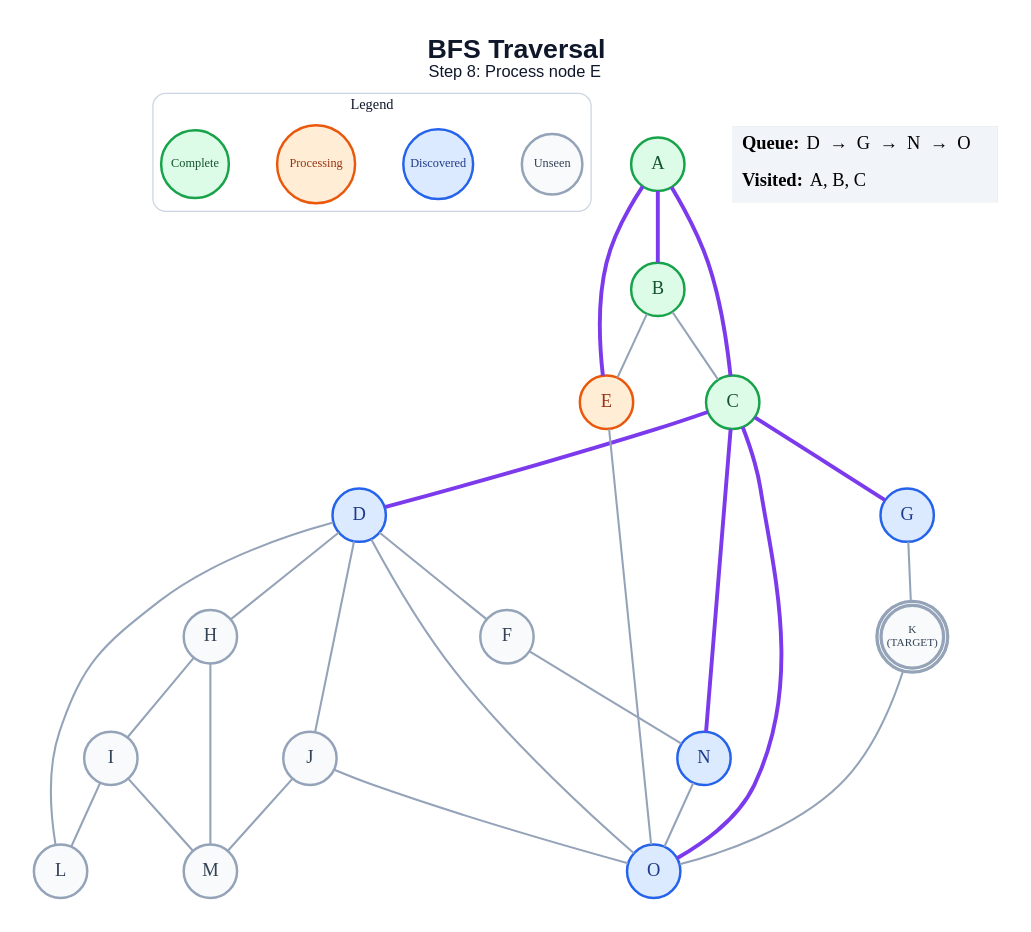
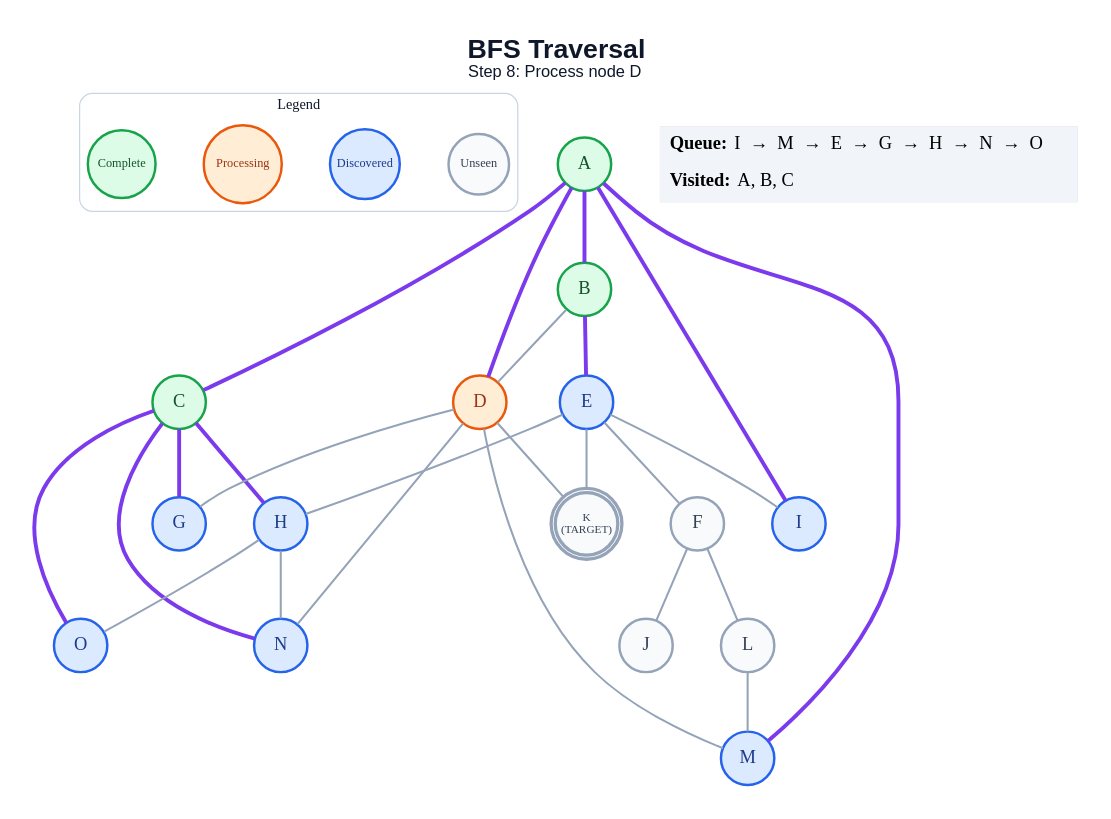
One commit to anon7238593-create/ai-slop changed the diagram in generated/bfs/step_08.dot. Above: the diagram before and after it, drawn with Graphviz. The commit also changed 309 other files, not shown here.

```diff
--- a/generated/bfs/step_08.dot
+++ b/generated/bfs/step_08.dot
@@ -1,59 +1,58 @@
 graph traversal {
   graph [layout=dot, rankdir=TB, bgcolor="#FFFFFF", pad="0.35", nodesep="0.65", ranksep="0.8", fontname="Arial"];
   node [shape=circle, style="filled", fontname="Arial Bold", fontsize=18, width=0.72, fixedsize=true, penwidth=2.4];
   edge [color="#94A3B8", penwidth=2.0];
-  label=<<B>BFS Traversal</B><BR/><FONT POINT-SIZE="16">Step 8: Process node E</FONT>>; labelloc="t"; fontsize=26; fontname="Arial"; fontcolor="#0F172A";
+  label=<<B>BFS Traversal</B><BR/><FONT POINT-SIZE="16">Step 8: Process node D</FONT>>; labelloc="t"; fontsize=26; fontname="Arial"; fontcolor="#0F172A";
   subgraph cluster_legend { label="Legend"; color="#CBD5E1"; penwidth=1.2; style="rounded"; fontsize=14; fontname="Arial Bold";
     key_unseen [label="Unseen", fillcolor="#F8FAFC", color="#94A3B8", fontcolor="#334155", fontsize=12, width=0.82];
     key_frontier [label="Discovered", fillcolor="#DBEAFE", color="#2563EB", fontcolor="#1E3A8A", fontsize=12, width=0.95];
     key_current [label="Processing", fillcolor="#FFEDD5", color="#EA580C", fontcolor="#9A3412", fontsize=12, width=1.05];
     key_done [label="Complete", fillcolor="#DCFCE7", color="#16A34A", fontcolor="#14532D", fontsize=12, width=0.92];
     { rank=same; key_unseen; key_frontier; key_current; key_done; }
   }
   A [label="A", fillcolor="#DCFCE7", color="#16A34A", fontcolor="#14532D", peripheries=1, penwidth=2.4];
   B [label="B", fillcolor="#DCFCE7", color="#16A34A", fontcolor="#14532D", peripheries=1, penwidth=2.4];
   C [label="C", fillcolor="#DCFCE7", color="#16A34A", fontcolor="#14532D", peripheries=1, penwidth=2.4];
-  D [label="D", fillcolor="#DBEAFE", color="#2563EB", fontcolor="#1E3A8A", peripheries=1, penwidth=2.4];
-  E [label="E", fillcolor="#FFEDD5", color="#EA580C", fontcolor="#9A3412", peripheries=1, penwidth=2.4];
+  D [label="D", fillcolor="#FFEDD5", color="#EA580C", fontcolor="#9A3412", peripheries=1, penwidth=2.4];
+  E [label="E", fillcolor="#DBEAFE", color="#2563EB", fontcolor="#1E3A8A", peripheries=1, penwidth=2.4];
   F [label="F", fillcolor="#F8FAFC", color="#94A3B8", fontcolor="#334155", peripheries=1, penwidth=2.4];
   G [label="G", fillcolor="#DBEAFE", color="#2563EB", fontcolor="#1E3A8A", peripheries=1, penwidth=2.4];
-  H [label="H", fillcolor="#F8FAFC", color="#94A3B8", fontcolor="#334155", peripheries=1, penwidth=2.4];
-  I [label="I", fillcolor="#F8FAFC", color="#94A3B8", fontcolor="#334155", peripheries=1, penwidth=2.4];
+  H [label="H", fillcolor="#DBEAFE", color="#2563EB", fontcolor="#1E3A8A", peripheries=1, penwidth=2.4];
+  I [label="I", fillcolor="#DBEAFE", color="#2563EB", fontcolor="#1E3A8A", peripheries=1, penwidth=2.4];
   J [label="J", fillcolor="#F8FAFC", color="#94A3B8", fontcolor="#334155", peripheries=1, penwidth=2.4];
   K [label="K\n(TARGET)", fillcolor="#F8FAFC", color="#94A3B8", fontcolor="#334155", peripheries=2, penwidth=3.2, fontsize=11, width=0.85, height=0.85];
   L [label="L", fillcolor="#F8FAFC", color="#94A3B8", fontcolor="#334155", peripheries=1, penwidth=2.4];
-  M [label="M", fillcolor="#F8FAFC", color="#94A3B8", fontcolor="#334155", peripheries=1, penwidth=2.4];
+  M [label="M", fillcolor="#DBEAFE", color="#2563EB", fontcolor="#1E3A8A", peripheries=1, penwidth=2.4];
   N [label="N", fillcolor="#DBEAFE", color="#2563EB", fontcolor="#1E3A8A", peripheries=1, penwidth=2.4];
   O [label="O", fillcolor="#DBEAFE", color="#2563EB", fontcolor="#1E3A8A", peripheries=1, penwidth=2.4];
   A -- B [color="#7C3AED", penwidth=3.8];
   A -- C [color="#7C3AED", penwidth=3.8];
-  A -- E [color="#7C3AED", penwidth=3.8];
-  B -- C;
-  B -- E;
-  C -- D [color="#7C3AED", penwidth=3.8];
+  A -- D [color="#7C3AED", penwidth=3.8];
+  A -- I [color="#7C3AED", penwidth=3.8];
+  A -- M [color="#7C3AED", penwidth=3.8];
+  B -- D;
+  B -- E [color="#7C3AED", penwidth=3.8];
   C -- G [color="#7C3AED", penwidth=3.8];
+  C -- H [color="#7C3AED", penwidth=3.8];
   C -- N [color="#7C3AED", penwidth=3.8];
   C -- O [color="#7C3AED", penwidth=3.8];
-  D -- F;
-  D -- H;
-  D -- J;
-  D -- L;
-  D -- O;
-  E -- O;
-  F -- N;
-  G -- K;
-  H -- I;
-  H -- M;
-  I -- L;
-  I -- M;
-  J -- M;
-  J -- O;
-  K -- O;
-  N -- O;
+  D -- G;
+  D -- K;
+  D -- M;
+  D -- N;
+  E -- F;
+  E -- H;
+  E -- I;
+  E -- K;
+  F -- J;
+  F -- L;
+  H -- N;
+  H -- O;
+  L -- M;
   status [shape=plain, fixedsize=false, width=0, height=0, margin=0, label=<
     <TABLE BORDER="0" CELLBORDER="0" CELLPADDING="7" BGCOLOR="#F1F5F9">
-      <TR><TD ALIGN="LEFT"><B>Queue:</B> D  →  G  →  N  →  O</TD></TR>
+      <TR><TD ALIGN="LEFT"><B>Queue:</B> I  →  M  →  E  →  G  →  H  →  N  →  O</TD></TR>
       <TR><TD ALIGN="LEFT"><B>Visited:</B> A, B, C</TD></TR>
     </TABLE>
   >];
 }
```
